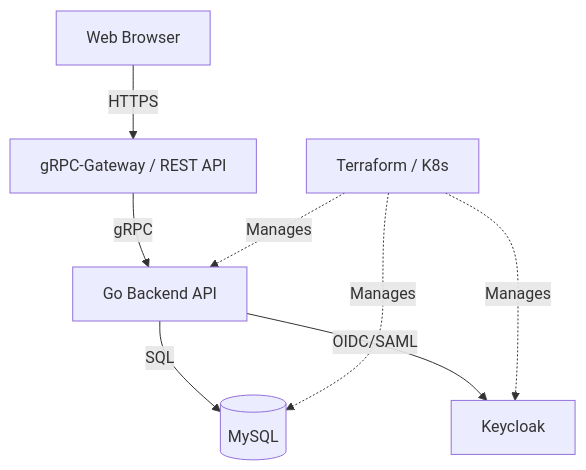
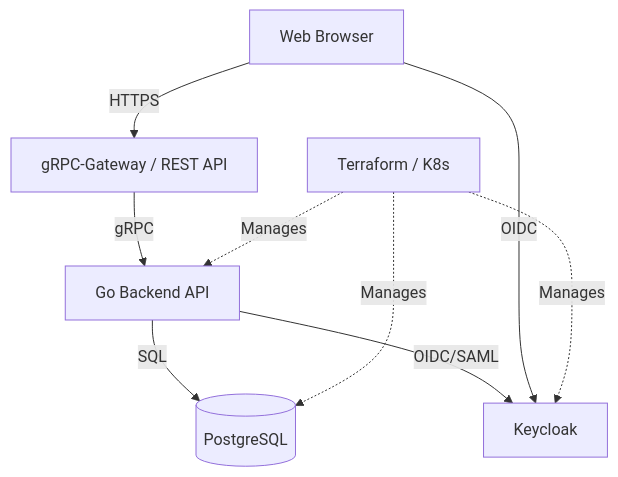
One commit to linzhengen/hub changed the diagram in README.ja.md. Above: the diagram before and after it, drawn with Mermaid. The commit also changed other lines of this file and 3 other files, not shown here.

````diff
--- a/README.ja.md
+++ b/README.ja.md
@@ -23,10 +23,11 @@
 ```mermaid
 graph TD
     Client[Web Browser] -->|HTTPS| Gateway[gRPC-Gateway / REST API]
     Gateway -->|gRPC| Server[Go Backend API]
-    Server -->|SQL| DB[(MySQL)]
+    Server -->|SQL| DB[(PostgreSQL)]
     Server -->|OIDC/SAML| Auth[Keycloak]
+    Client -->|OIDC| Auth
     Infra[Terraform / K8s] -.->|Manages| Server
     Infra -.->|Manages| Auth
     Infra -.->|Manages| DB
 ```
````
